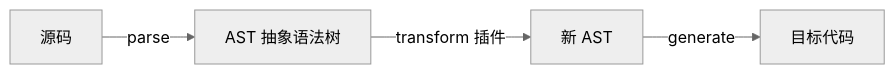
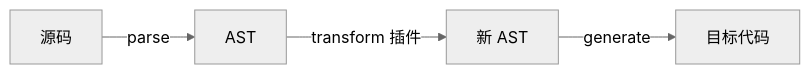
The diagram in frontend-knowledge-base/卷五-构建与工程化/5.2-Babel与SWC转译原理.md (inspire-man/frontend-knowledge-base), drawn with Mermaid (neutral theme) before and after one commit. The commit also changed other lines of this file and 2 other files, not shown here.

````diff
--- a/frontend-knowledge-base/卷五-构建与工程化/5.2-Babel与SWC转译原理.md
+++ b/frontend-knowledge-base/卷五-构建与工程化/5.2-Babel与SWC转译原理.md
@@ -32,6 +30,6 @@
 ```mermaid
 flowchart LR
-    A[源码] -->|parse| B[AST 抽象语法树]
+    A[源码] -->|parse| B[AST]
     B -->|transform 插件| C[新 AST]
     C -->|generate| D[目标代码]
 ```
````
